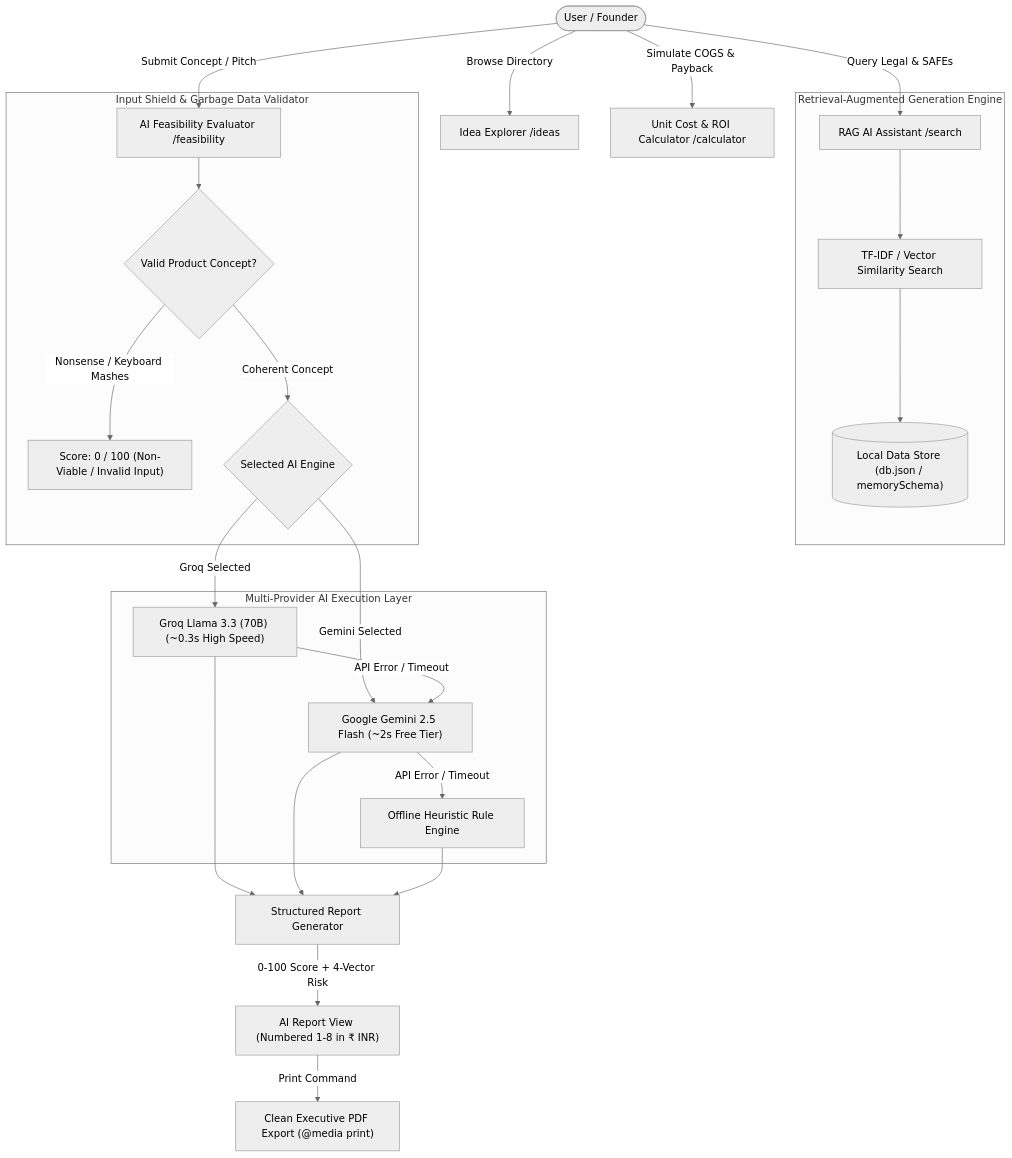
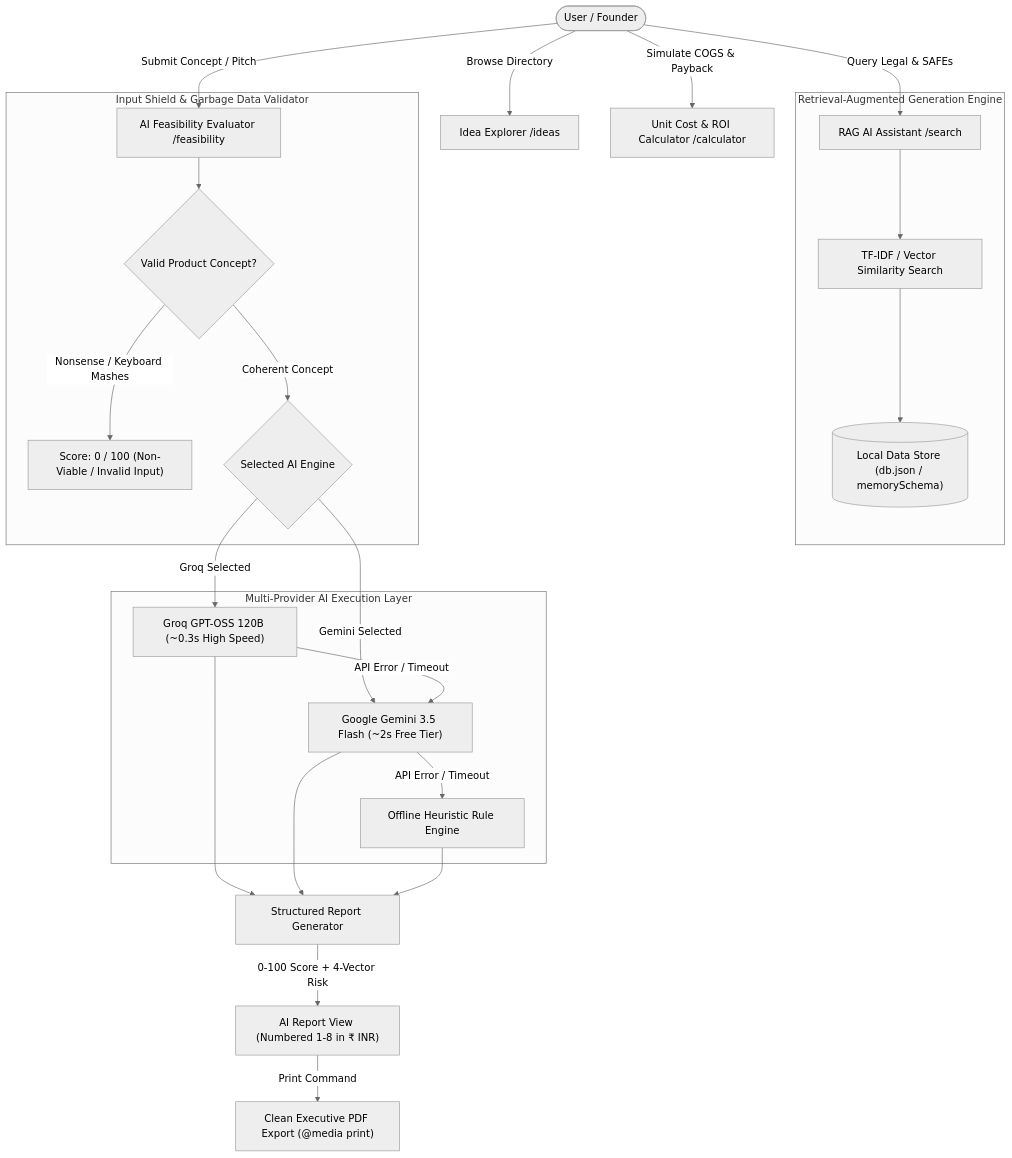
One commit to aryan8434/startup-navigator changed the diagram in docs/thought_process_and_feature_matrix.md. Above: the diagram before and after it, drawn with Mermaid (neutral theme). The commit also changed other lines of this file and 20 other files, not shown here.

````diff
--- a/docs/thought_process_and_feature_matrix.md
+++ b/docs/thought_process_and_feature_matrix.md
@@ -20,32 +20,32 @@
 ```mermaid
 flowchart TD
     User([User / Founder]) -->|Browse Directory| Explorer[Idea Explorer /ideas]
     User -->|Submit Concept / Pitch| FeasibilityForm[AI Feasibility Evaluator /feasibility]
     User -->|Query Legal & SAFEs| RAGSearch[RAG AI Assistant /search]
     User -->|Simulate COGS & Payback| CostCalc[Unit Cost & ROI Calculator /calculator]
 
     subgraph RAG_Engine ["Retrieval-Augmented Generation Engine"]
         RAGSearch --> VectorSearch["TF-IDF / Vector Similarity Search"]
         VectorSearch --> LocalDB[("Local Data Store (db.json / memorySchema)")]
     end
 
     subgraph Garbage_Validation ["Input Shield & Garbage Data Validator"]
         FeasibilityForm --> InputCheck{"Valid Product Concept?"}
         InputCheck -->|Nonsense / Keyboard Mashes| ZeroScore["Score: 0 / 100 (Non-Viable / Invalid Input)"]
         InputCheck -->|Coherent Concept| ModelSelector{"Selected AI Engine"}
     end
 
     subgraph Multi_AI_Engine ["Multi-Provider AI Execution Layer"]
-        ModelSelector -->|Groq Selected| GroqAPI["Groq Llama 3.3 (70B) (~0.3s High Speed)"]
-        ModelSelector -->|Gemini Selected| GeminiAPI["Google Gemini 2.5 Flash (~2s Free Tier)"]
+        ModelSelector -->|Groq Selected| GroqAPI["Groq GPT-OSS 120B (~0.3s High Speed)"]
+        ModelSelector -->|Gemini Selected| GeminiAPI["Google Gemini 3.5 Flash (~2s Free Tier)"]
         GroqAPI -->|API Error / Timeout| GeminiAPI
         GeminiAPI -->|API Error / Timeout| RuleEngine["Offline Heuristic Rule Engine"]
     end
 
     GroqAPI --> FeasibilityReport["Structured Report Generator"]
     GeminiAPI --> FeasibilityReport
     RuleEngine --> FeasibilityReport
 
     FeasibilityReport -->|0-100 Score + 4-Vector Risk| ReportUI["AI Report View (Numbered 1-8 in ₹ INR)"]
     ReportUI -->|Print Command| PDFExport["Clean Executive PDF Export (@media print)"]
 ```
````
